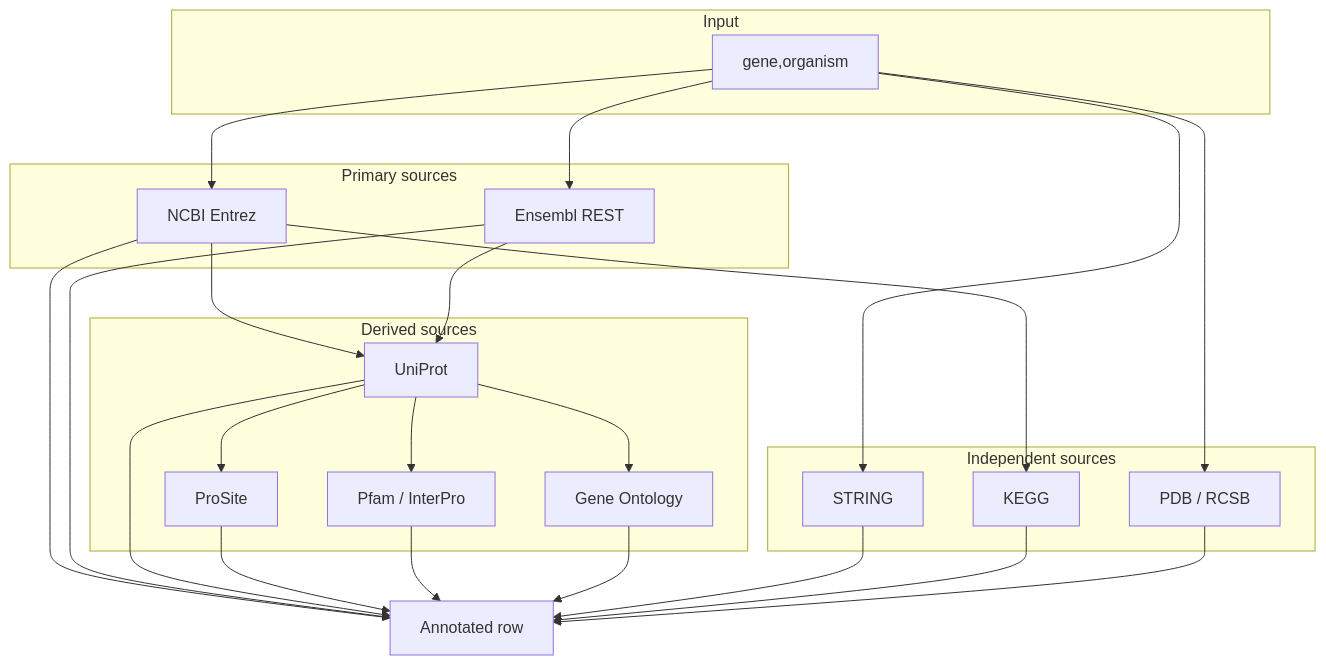
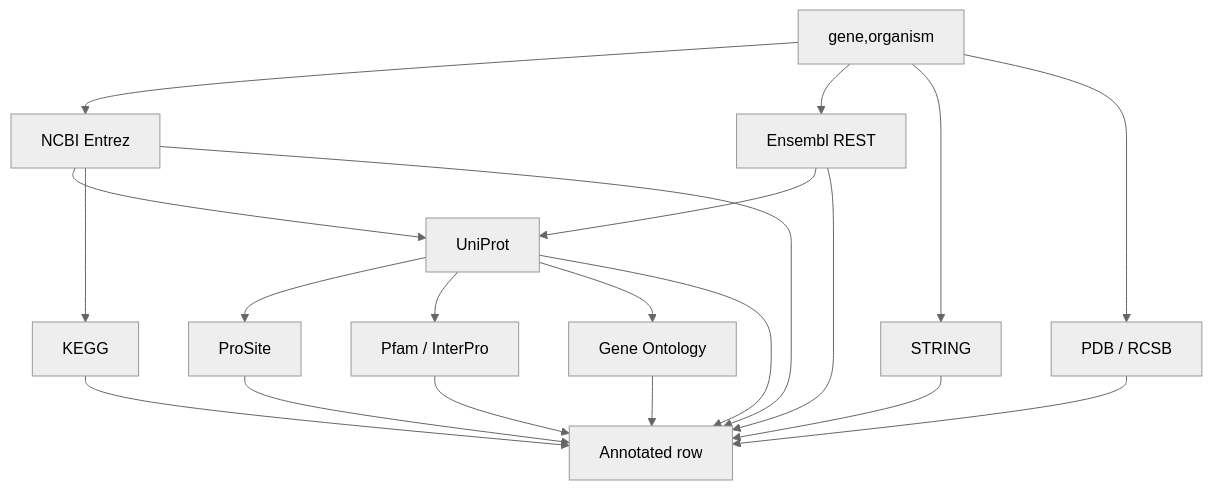
The diagram in docs/how-it-works.qmd (mohamadysn/geneweave), drawn with Mermaid before and after one commit.

Commit message:
update doccumentation

````diff
--- a/docs/how-it-works.qmd
+++ b/docs/how-it-works.qmd
@@ -18,45 +18,37 @@
 ```{mermaid}
+%%{init: {'theme':'neutral','flowchart':{'curve':'basis'}}}%%
 flowchart TB
-    subgraph input [Input]
-        F[gene,organism]
-    end
+    F[gene,organism]
 
-    subgraph core [Primary sources]
-        NCBI[NCBI Entrez]
-        ENS[Ensembl REST]
-    end
-
-    subgraph derived [Derived sources]
-        UP[UniProt]
-        PS[ProSite]
-        PF[Pfam / InterPro]
-        GO[Gene Ontology]
-    end
-
-    subgraph independent [Independent sources]
-        STR[STRING]
-        KEGG[KEGG]
-        PDB[PDB / RCSB]
-    end
+    NCBI[NCBI Entrez]
+    ENS[Ensembl REST]
+    UP[UniProt]
+    PS[ProSite]
+    PF[Pfam / InterPro]
+    GO[Gene Ontology]
+    STR[STRING]
+    KEGG[KEGG]
+    PDB[PDB / RCSB]
+    ROW[Annotated row]
 
     F --> NCBI
     F --> ENS
+    F --> STR
+    F --> PDB
     NCBI --> UP
     ENS --> UP
+    NCBI --> KEGG
     UP --> PS
     UP --> PF
     UP --> GO
-    F --> STR
-    NCBI --> KEGG
-    F --> PDB
 
-    NCBI --> ROW[Annotated row]
+    NCBI --> ROW
     ENS --> ROW
     UP --> ROW
     PS --> ROW
     PF --> ROW
     GO --> ROW
     STR --> ROW
     KEGG --> ROW
     PDB --> ROW
 ```
````
